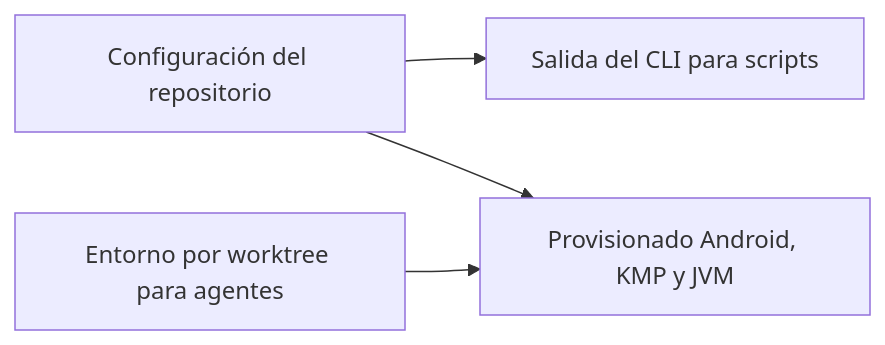
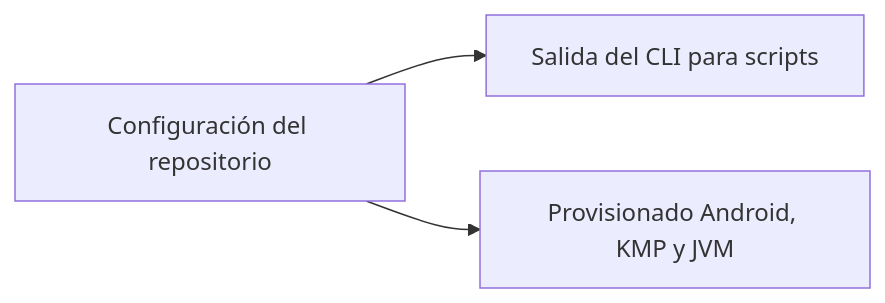
One commit to LuxionServer/ShogunAi changed the diagram in docs/roadmap.es.md. Above: the diagram before and after it, drawn with Mermaid. The commit also changed other lines of this file and 66 other files, not shown here.

````diff
--- a/docs/roadmap.es.md
+++ b/docs/roadmap.es.md
@@ -17,6 +17,5 @@
 ```mermaid
 graph LR
     A["Configuración del repositorio"] --> B["Salida del CLI para scripts"]
     A --> D["Provisionado Android, KMP y JVM"]
-    E["Entorno por worktree para agentes"] --> D
 ```
````
